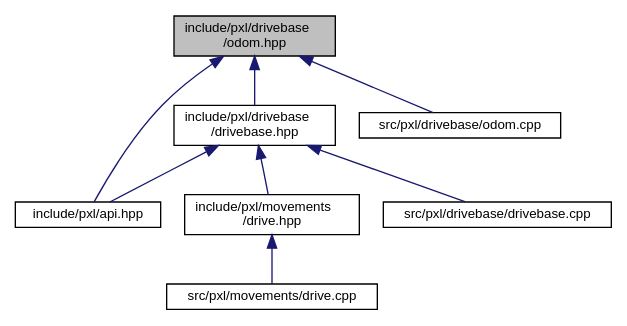
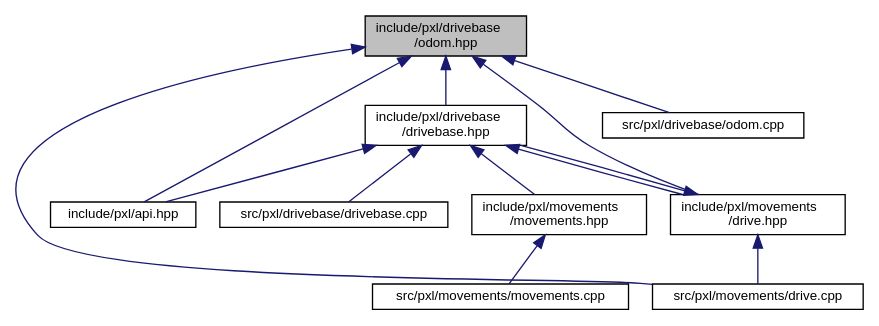
One commit to Pixel-Lib/Pixel changed the diagram in odom_8hpp__dep__incl.dot. Above: the diagram before and after it, drawn with Graphviz. The commit also changed 171 other files, not shown here.

```diff
--- a/odom_8hpp__dep__incl.dot
+++ b/odom_8hpp__dep__incl.dot
@@ -1,20 +1,27 @@
 digraph "include/pxl/drivebase/odom.hpp"
 {
  // LATEX_PDF_SIZE
   edge [fontname="Helvetica",fontsize="10",labelfontname="Helvetica",labelfontsize="10"];
   node [fontname="Helvetica",fontsize="10",shape=record];
   Node1 [label="include/pxl/drivebase\l/odom.hpp",height=0.2,width=0.4,color="black", fillcolor="grey75", style="filled", fontcolor="black",tooltip=" "];
   Node1 -> Node2 [dir="back",color="midnightblue",fontsize="10",style="solid",fontname="Helvetica"];
   Node2 [label="include/pxl/api.hpp",height=0.2,width=0.4,color="black", fillcolor="white", style="filled",URL="$api_8hpp.html",tooltip=" "];
   Node1 -> Node3 [dir="back",color="midnightblue",fontsize="10",style="solid",fontname="Helvetica"];
   Node3 [label="include/pxl/drivebase\l/drivebase.hpp",height=0.2,width=0.4,color="black", fillcolor="white", style="filled",URL="$drivebase_8hpp.html",tooltip=" "];
   Node3 -> Node2 [dir="back",color="midnightblue",fontsize="10",style="solid",fontname="Helvetica"];
   Node3 -> Node4 [dir="back",color="midnightblue",fontsize="10",style="solid",fontname="Helvetica"];
   Node4 [label="include/pxl/movements\l/drive.hpp",height=0.2,width=0.4,color="black", fillcolor="white", style="filled",URL="$drive_8hpp.html",tooltip=" "];
+  Node4 -> Node3 [dir="back",color="midnightblue",fontsize="10",style="solid",fontname="Helvetica"];
   Node4 -> Node5 [dir="back",color="midnightblue",fontsize="10",style="solid",fontname="Helvetica"];
   Node5 [label="src/pxl/movements/drive.cpp",height=0.2,width=0.4,color="black", fillcolor="white", style="filled",URL="$drive_8cpp.html",tooltip=" "];
   Node3 -> Node6 [dir="back",color="midnightblue",fontsize="10",style="solid",fontname="Helvetica"];
-  Node6 [label="src/pxl/drivebase/drivebase.cpp",height=0.2,width=0.4,color="black", fillcolor="white", style="filled",URL="$drivebase_8cpp.html",tooltip=" "];
-  Node1 -> Node7 [dir="back",color="midnightblue",fontsize="10",style="solid",fontname="Helvetica"];
-  Node7 [label="src/pxl/drivebase/odom.cpp",height=0.2,width=0.4,color="black", fillcolor="white", style="filled",URL="$odom_8cpp.html",tooltip=" "];
+  Node6 [label="include/pxl/movements\l/movements.hpp",height=0.2,width=0.4,color="black", fillcolor="white", style="filled",URL="$movements_8hpp.html",tooltip=" "];
+  Node6 -> Node7 [dir="back",color="midnightblue",fontsize="10",style="solid",fontname="Helvetica"];
+  Node7 [label="src/pxl/movements/movements.cpp",height=0.2,width=0.4,color="black", fillcolor="white", style="filled",URL="$movements_8cpp.html",tooltip=" "];
+  Node3 -> Node8 [dir="back",color="midnightblue",fontsize="10",style="solid",fontname="Helvetica"];
+  Node8 [label="src/pxl/drivebase/drivebase.cpp",height=0.2,width=0.4,color="black", fillcolor="white", style="filled",URL="$drivebase_8cpp.html",tooltip=" "];
+  Node1 -> Node4 [dir="back",color="midnightblue",fontsize="10",style="solid",fontname="Helvetica"];
+  Node1 -> Node9 [dir="back",color="midnightblue",fontsize="10",style="solid",fontname="Helvetica"];
+  Node9 [label="src/pxl/drivebase/odom.cpp",height=0.2,width=0.4,color="black", fillcolor="white", style="filled",URL="$odom_8cpp.html",tooltip=" "];
+  Node1 -> Node5 [dir="back",color="midnightblue",fontsize="10",style="solid",fontname="Helvetica"];
 }
```
